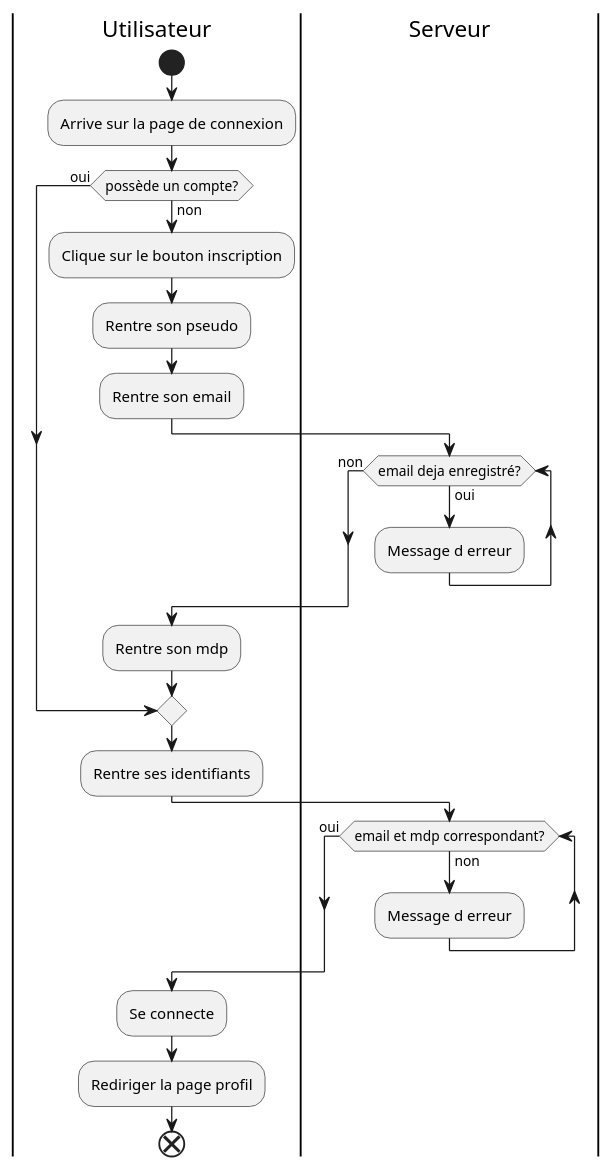
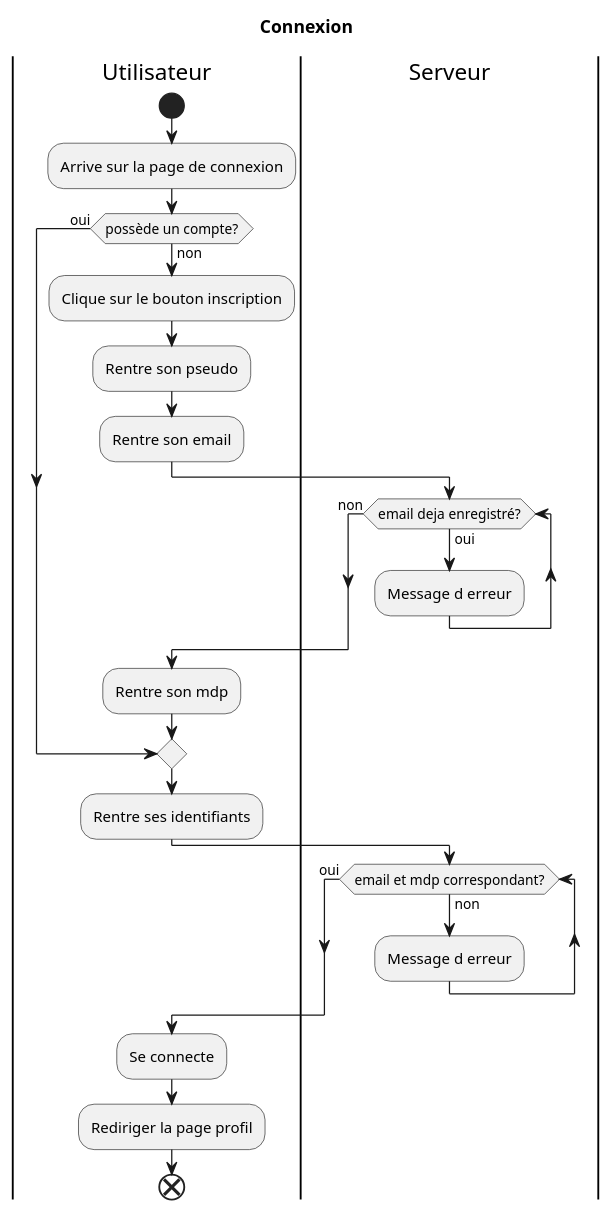
One commit to RodrigueBotte/circuitVert changed the diagram in Conception/diagrammeActivité/connexionUser.puml. Above: the diagram before and after it, drawn with PlantUML. The commit also changed 5 other files, not shown here.

```diff
--- a/Conception/diagrammeActivité/connexionUser.puml
+++ b/Conception/diagrammeActivité/connexionUser.puml
@@ -1,28 +1,29 @@
 @startuml Diagramme Activités Connexion
+title Connexion
 
 |Utilisateur|
 start 
 :Arrive sur la page de connexion;
 if (possède un compte?) then (non)
     :Clique sur le bouton inscription;
     :Rentre son pseudo;
     :Rentre son email;
     |Serveur|
     while (email deja enregistré?) is (oui)
         :Message d erreur;
     endwhile (non) 
     |Utilisateur|
     :Rentre son mdp;
 else (oui)
 endif
 :Rentre ses identifiants;
 |Serveur|
 while (email et mdp correspondant?) is (non)
     :Message d erreur;
 endwhile (oui) 
 |Utilisateur|
 :Se connecte;
 :Rediriger la page profil;
 end
 
 @enduml
```
